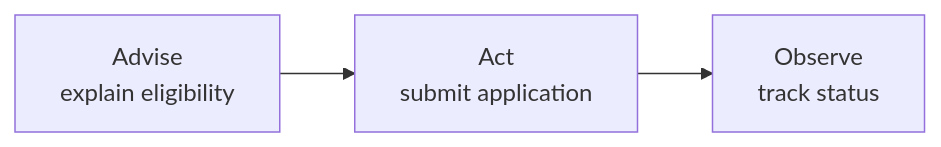
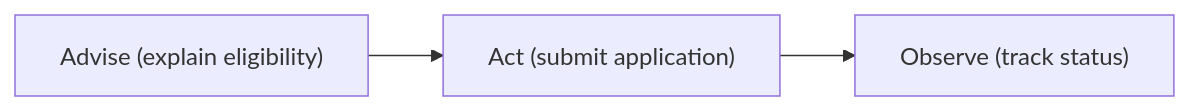
Before and after one commit to manjudr/documents: the second of 6 diagrams in UNDERSTANDING_ARCHITECTURE.md, drawn with Mermaid. The commit also changed 1 other file, not shown here.

Commit message:
docs: make proposed Mermaid labels GitHub-safe

````diff
--- a/UNDERSTANDING_ARCHITECTURE.md
+++ b/UNDERSTANDING_ARCHITECTURE.md
@@ -79,5 +79,5 @@
 ```mermaid
 flowchart LR
-  A["Advise<br/>explain eligibility"] --> B["Act<br/>submit application"]
-  B --> C["Observe<br/>track status"]
+  A["Advise (explain eligibility)"] --> B["Act (submit application)"]
+  B --> C["Observe (track status)"]
 ```
````
